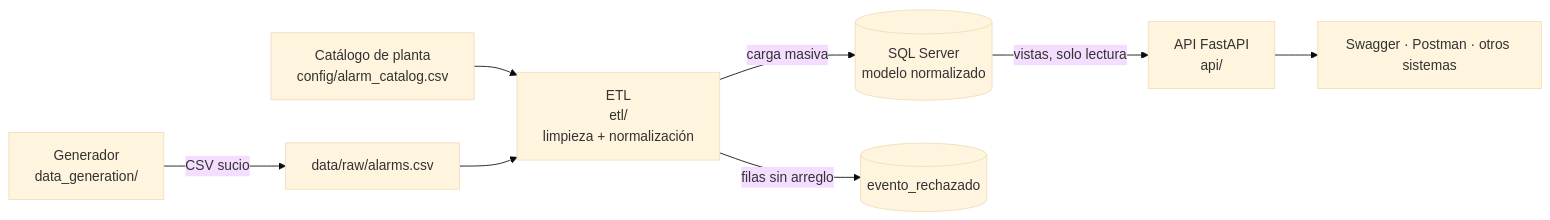
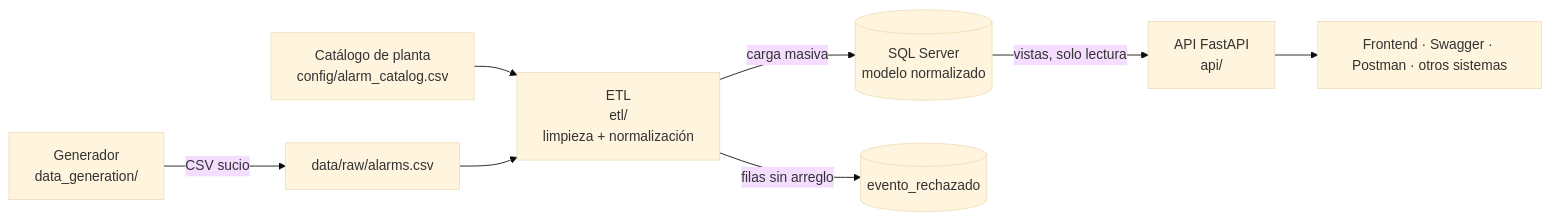
Before and after one commit to Jero095/entrevista: the first of 2 diagrams in README.md, drawn with Mermaid (base theme). The commit also changed other lines of this file and 48 other files, not shown here.

````diff
--- a/README.md
+++ b/README.md
@@ -8,10 +8,10 @@
 ```mermaid
 flowchart LR
     A["Generador<br/>data_generation/"] -->|CSV sucio| B["data/raw/alarms.csv"]
     C["Catálogo de planta<br/>config/alarm_catalog.csv"] --> D
     B --> D["ETL<br/>etl/<br/>limpieza + normalización"]
     D -->|carga masiva| E[("SQL Server<br/>modelo normalizado")]
     D -->|filas sin arreglo| F[("evento_rechazado")]
     E -->|vistas, solo lectura| G["API FastAPI<br/>api/"]
-    G --> H["Swagger · Postman · otros sistemas"]
+    G --> H["Frontend · Swagger · Postman · otros sistemas"]
 ```
````
